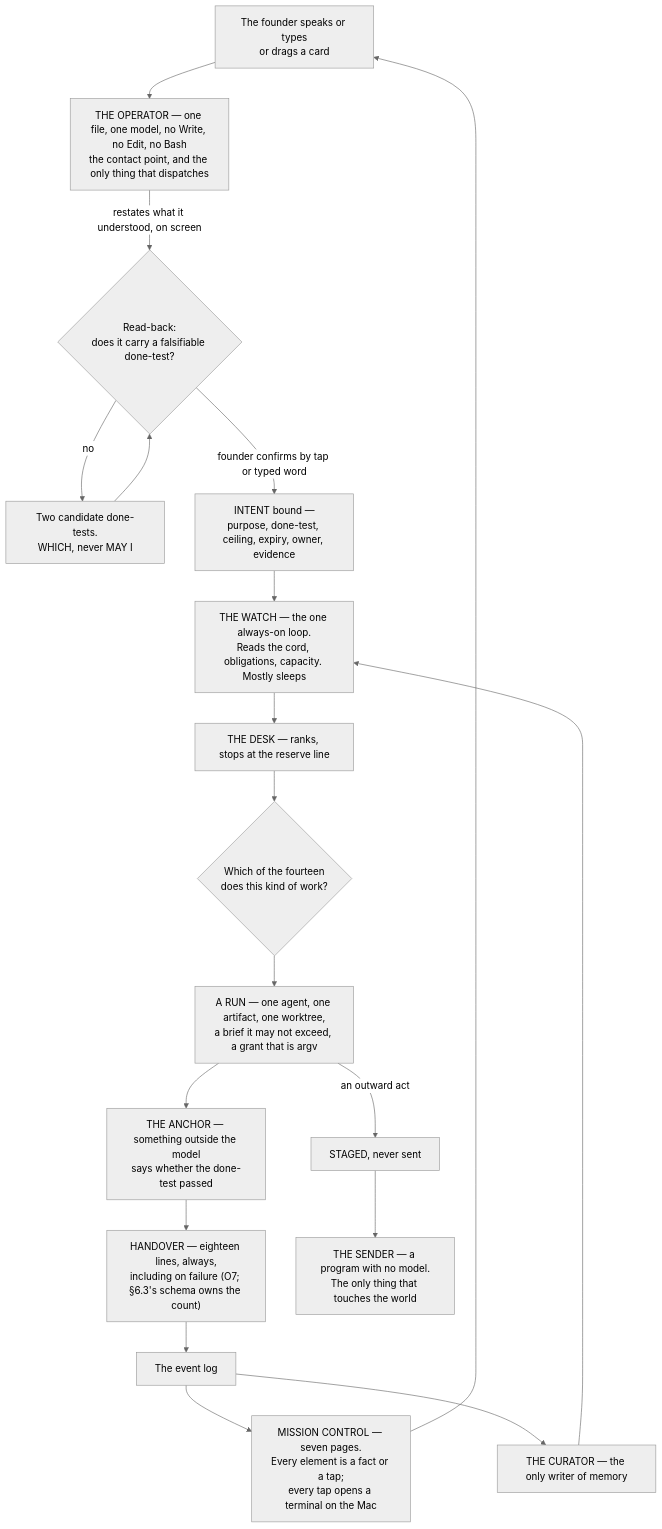
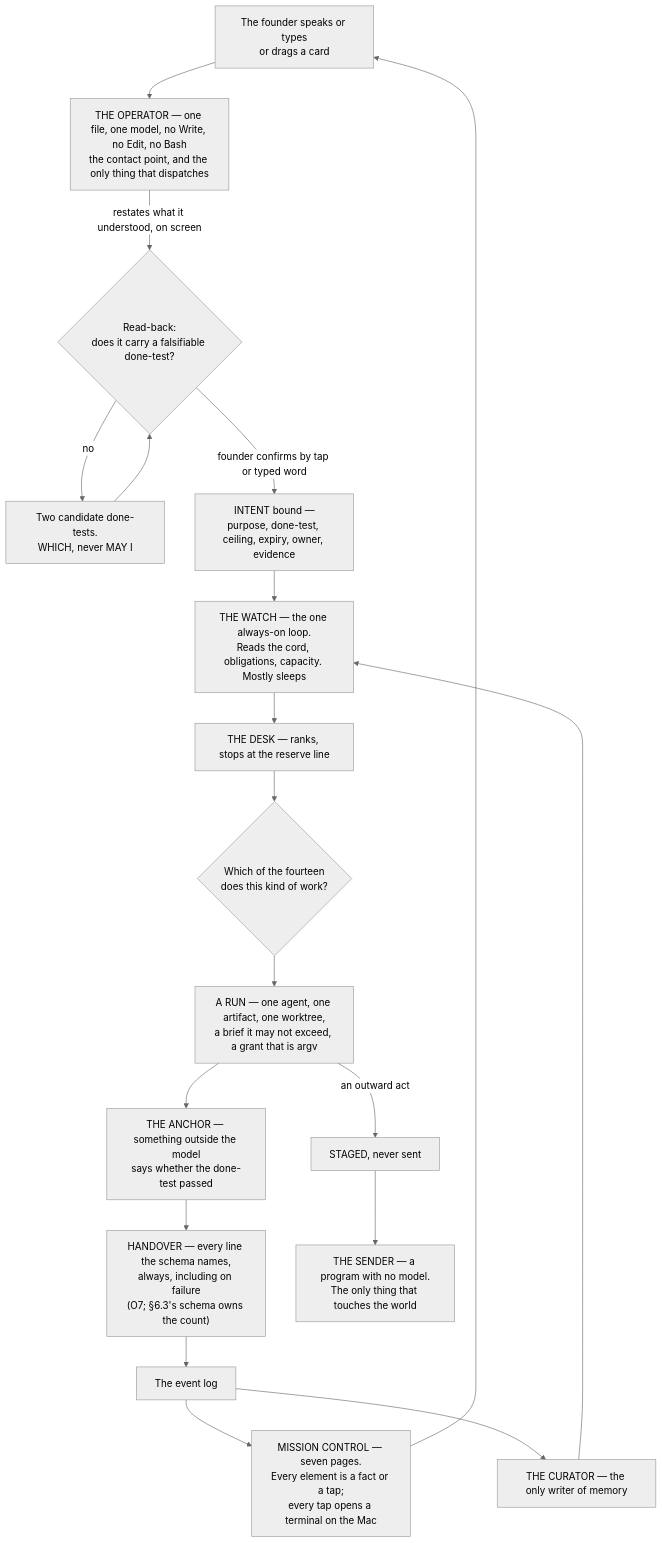
Before and after one commit to Adam077K/agentvibe: the diagram in docs/03-system-design/final-v2/parts/00-what-it-is.md, drawn with Mermaid (neutral theme). The commit also changed other lines of this file and 19 other files, not shown here.

````diff
--- a/docs/03-system-design/final-v2/parts/00-what-it-is.md
+++ b/docs/03-system-design/final-v2/parts/00-what-it-is.md
@@ -98,25 +99,25 @@
 ```mermaid
 flowchart TD
     F["The founder speaks or types<br/>or drags a card"] --> OP
     OP["THE OPERATOR — one file, one model, no Write, no Edit, no Bash<br/>the contact point, and the only thing that dispatches"]
     OP -->|"restates what it understood, on screen"| RB{"Read-back:<br/>does it carry a falsifiable done-test?"}
     RB -->|"no"| WHICH["Two candidate done-tests.<br/>WHICH, never MAY I"]
     WHICH --> RB
     RB -->|"founder confirms by tap or typed word"| INT["INTENT bound —<br/>purpose, done-test, ceiling, expiry, owner, evidence"]
 
     INT --> WATCH["THE WATCH — the one always-on loop.<br/>Reads the cord, obligations, capacity. Mostly sleeps"]
     WATCH --> DESK["THE DESK — ranks, stops at the reserve line"]
     DESK --> PICK{"Which of the fourteen<br/>does this kind of work?"}
     PICK --> RUN["A RUN — one agent, one artifact, one worktree,<br/>a brief it may not exceed, a grant that is argv"]
     RUN --> ANCH["THE ANCHOR — something outside the model<br/>says whether the done-test passed"]
-    ANCH --> HAND["HANDOVER — eighteen lines, always,<br/>including on failure (O7; §6.3's schema owns the count)"]
+    ANCH --> HAND["HANDOVER — every line the schema names,<br/>always, including on failure<br/>(O7; §6.3's schema owns the count)"]
     HAND --> LOG["The event log"]
     LOG --> MC["MISSION CONTROL — seven pages.<br/>Every element is a fact or a tap;<br/>every tap opens a terminal on the Mac"]
     MC --> F
 
     RUN -->|"an outward act"| STAGE["STAGED, never sent"]
     STAGE --> SENDER["THE SENDER — a program with no model.<br/>The only thing that touches the world"]
 
     LOG --> CUR["THE CURATOR — the only writer of memory"]
     CUR --> WATCH
 ```
````
